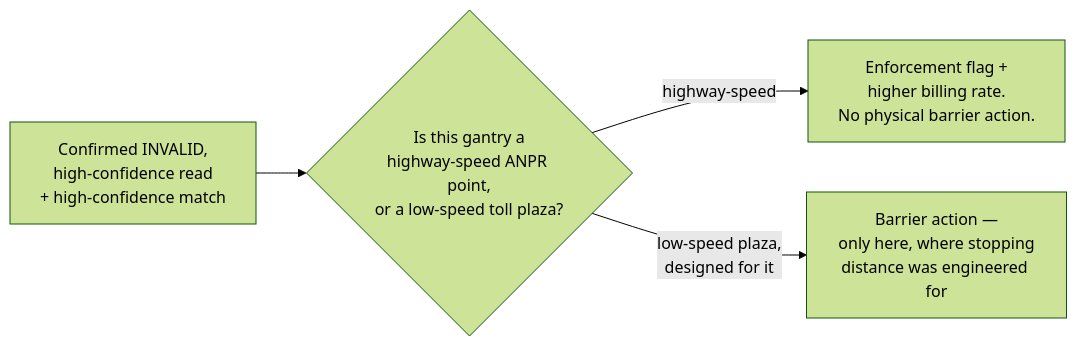
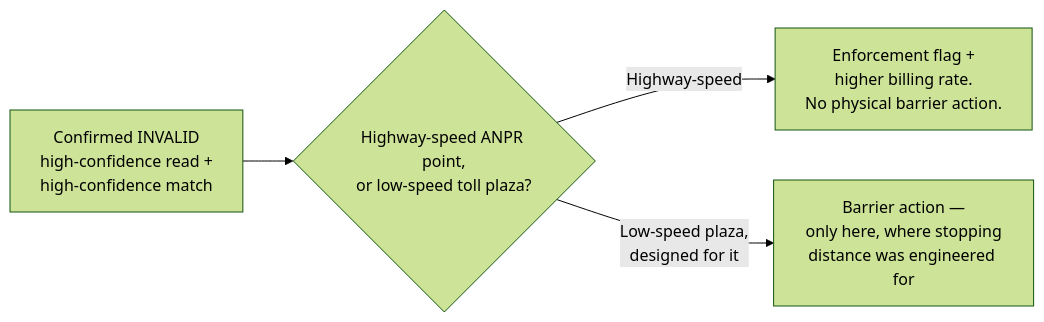
The ninth of 12 diagrams in system-design/HLD/0-course/49-Toll-Vehicle-Insurance-Validity-Check-FAANG-Guide-story.md (riyaz-pasha/Learnings), drawn with Mermaid (forest theme) before and after one commit. The commit also changed other lines of this file and 1 other file, not shown here.

Commit message:
[REWRITE] Toll Vehicle Insurance Validity Check story guide: simplify prose, add structure, fix diagrams

````diff
--- a/system-design/HLD/0-course/49-Toll-Vehicle-Insurance-Validity-Check-FAANG-Guide-story.md
+++ b/system-design/HLD/0-course/49-Toll-Vehicle-Insurance-Validity-Check-FAANG-Guide-story.md
@@ -201,6 +374,6 @@
 ```mermaid
 flowchart LR
-    A["Confirmed INVALID,\nhigh-confidence read\n+ high-confidence match"] --> B{"Is this gantry a\nhighway-speed ANPR point,\nor a low-speed toll plaza?"}
-    B -->|"highway-speed"| C["Enforcement flag +\nhigher billing rate.\nNo physical barrier action."]
-    B -->|"low-speed plaza,\ndesigned for it"| D["Barrier action —\nonly here, where stopping\ndistance was engineered for"]
+    A["Confirmed INVALID<br/>high-confidence read +<br/>high-confidence match"] --> B{"Highway-speed ANPR point,<br/>or low-speed toll plaza?"}
+    B -->|"Highway-speed"| C["Enforcement flag +<br/>higher billing rate.<br/>No physical barrier action."]
+    B -->|"Low-speed plaza,<br/>designed for it"| D["Barrier action —<br/>only here, where stopping<br/>distance was engineered for"]
 ```
````
